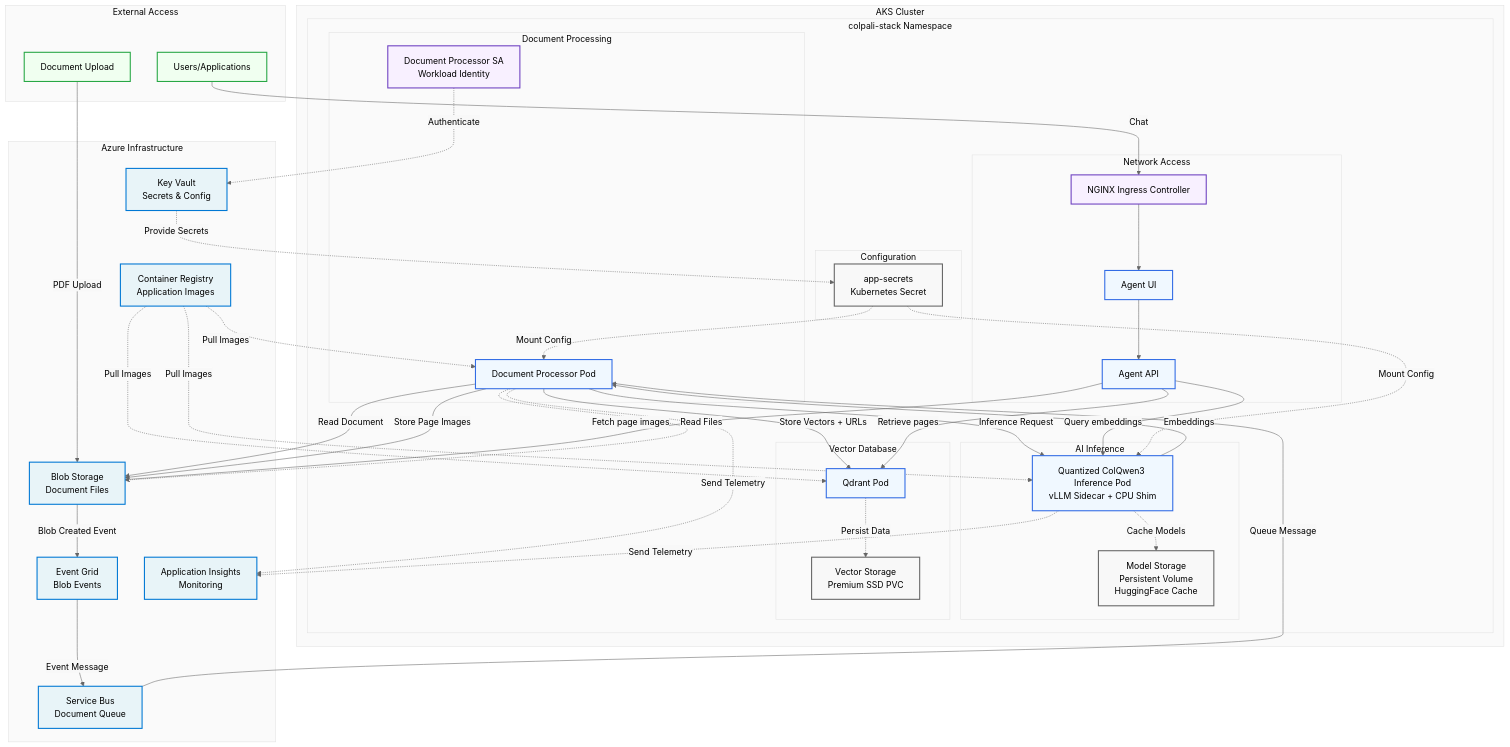
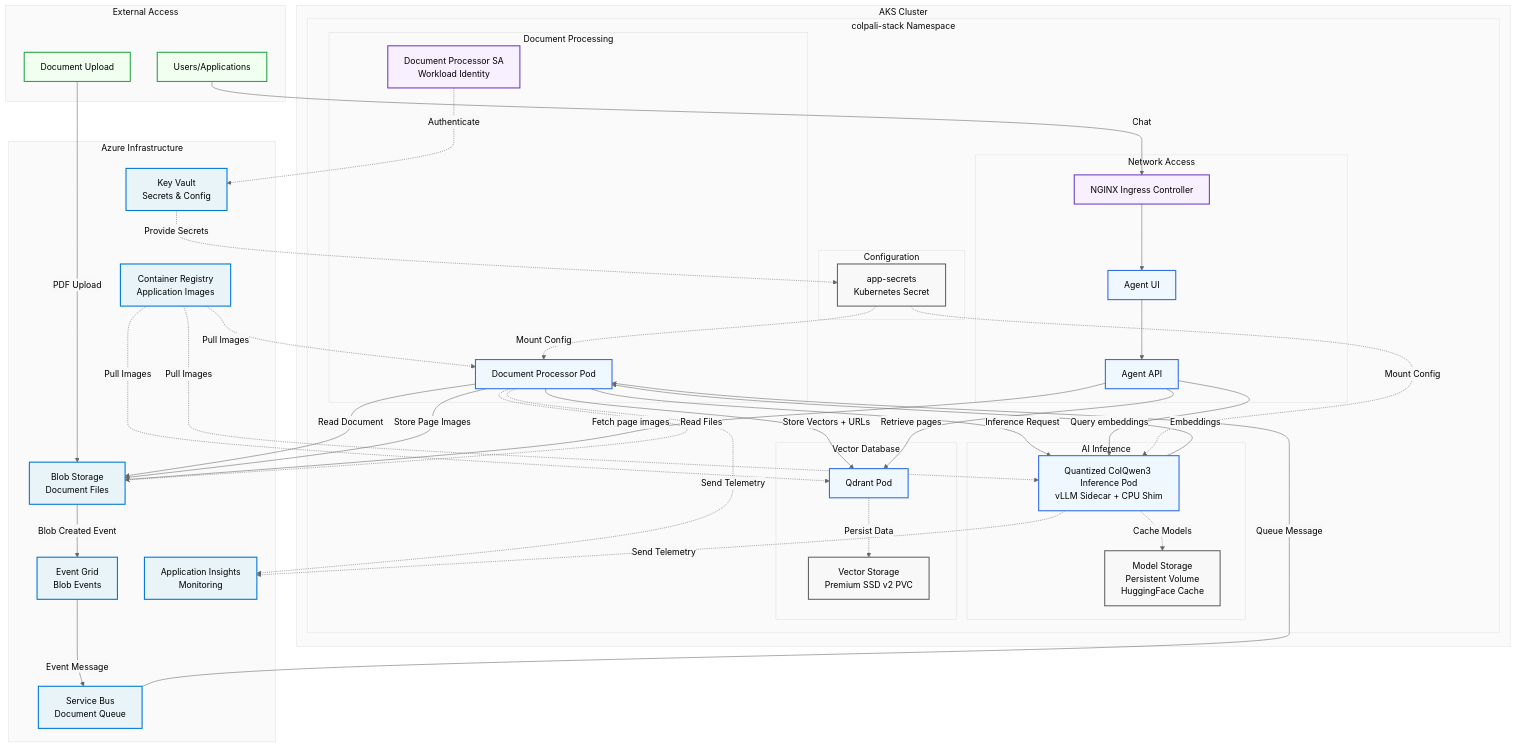
One commit to microsoft/multi-modal-rag-with-colpali changed the diagram in modules/helm/colpali-stack/README.md. Above: the diagram before and after it, drawn with Mermaid. The commit also changed other lines of this file and 5 other files, not shown here.

First line of the commit message:
Use Premium SSD v2 for Qdrant storage

```diff
--- a/modules/helm/colpali-stack/README.md
+++ b/modules/helm/colpali-stack/README.md
@@ -178,7 +212,7 @@
 
             subgraph "Vector Database"
                 QD[Qdrant Pod]
-                QDPV[Vector Storage<br/>Premium SSD PVC]
+                QDPV[Vector Storage<br/>Premium SSD v2 PVC]
             end
 
             subgraph "Network Access"
```
